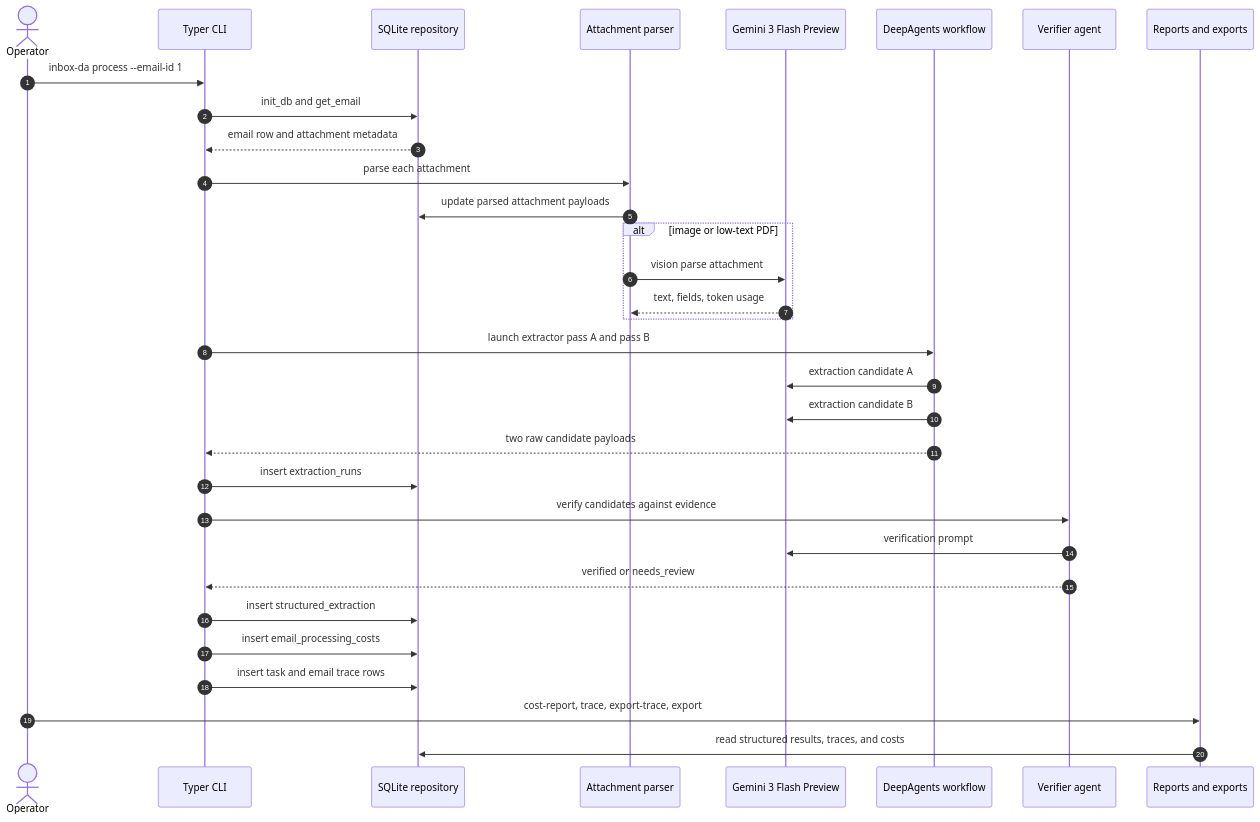
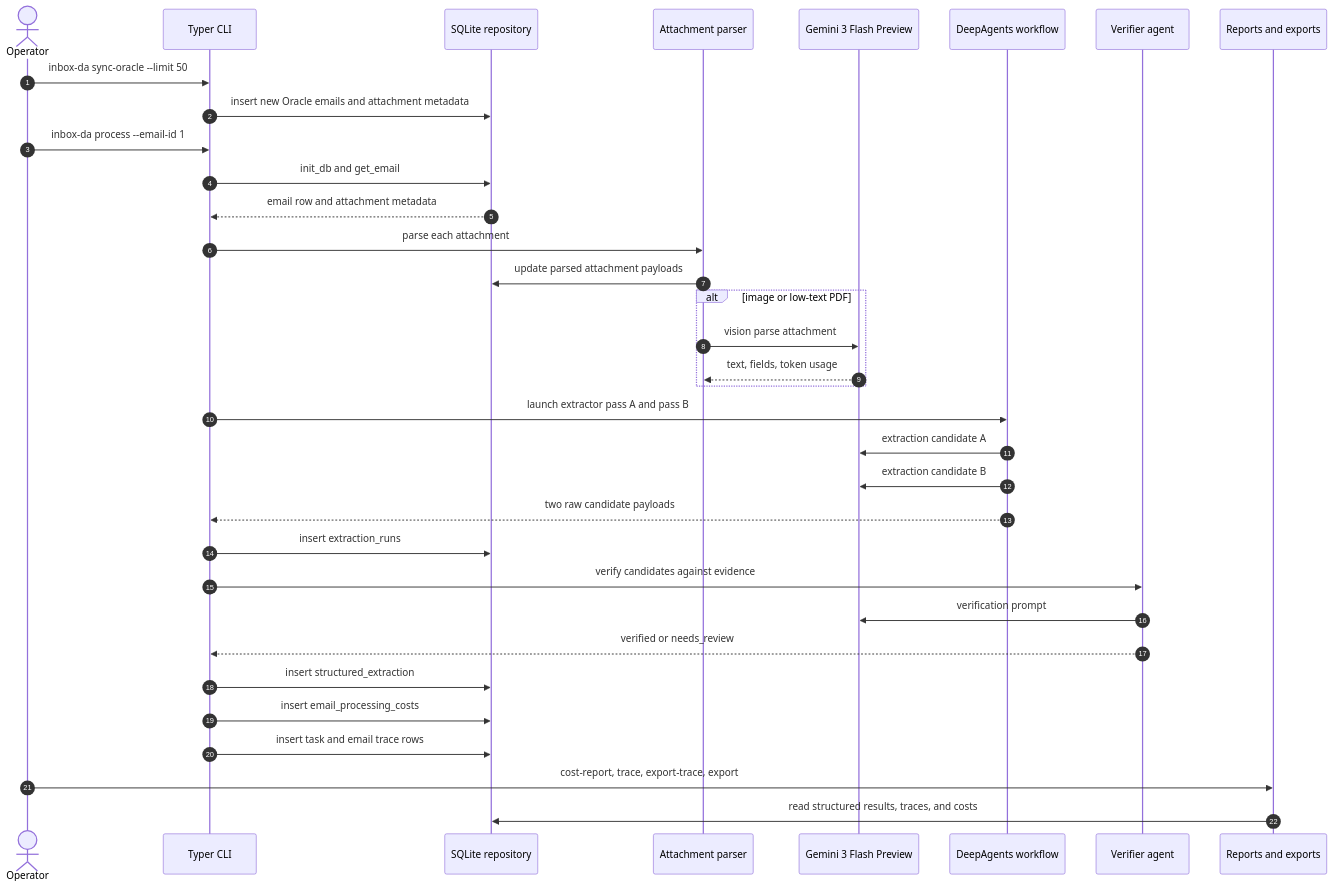
The sixth of 13 diagrams in README.md (gustavorubim/inbox-da), drawn with Mermaid before and after one commit. The commit also changed other lines of this file and 17 other files, not shown here.

Commit message:
feat: ingest inbox emails from Oracle

````diff
--- a/README.md
+++ b/README.md
@@ -271,35 +326,37 @@
 ```mermaid
 sequenceDiagram
     autonumber
     actor Operator
     participant CLI as Typer CLI
     participant DB as SQLite repository
     participant Parser as Attachment parser
     participant Gemini as Gemini 3 Flash Preview
     participant DA as DeepAgents workflow
     participant Verifier as Verifier agent
     participant Reports as Reports and exports
 
+    Operator->>CLI: inbox-da sync-oracle --limit 50
+    CLI->>DB: insert new Oracle emails and attachment metadata
     Operator->>CLI: inbox-da process --email-id 1
     CLI->>DB: init_db and get_email
     DB-->>CLI: email row and attachment metadata
     CLI->>Parser: parse each attachment
     Parser->>DB: update parsed attachment payloads
     alt image or low-text PDF
         Parser->>Gemini: vision parse attachment
         Gemini-->>Parser: text, fields, token usage
     end
     CLI->>DA: launch extractor pass A and pass B
     DA->>Gemini: extraction candidate A
     DA->>Gemini: extraction candidate B
     DA-->>CLI: two raw candidate payloads
     CLI->>DB: insert extraction_runs
     CLI->>Verifier: verify candidates against evidence
     Verifier->>Gemini: verification prompt
     Verifier-->>CLI: verified or needs_review
     CLI->>DB: insert structured_extraction
     CLI->>DB: insert email_processing_costs
     CLI->>DB: insert task and email trace rows
     Operator->>Reports: cost-report, trace, export-trace, export
     Reports->>DB: read structured results, traces, and costs
 ```
````
